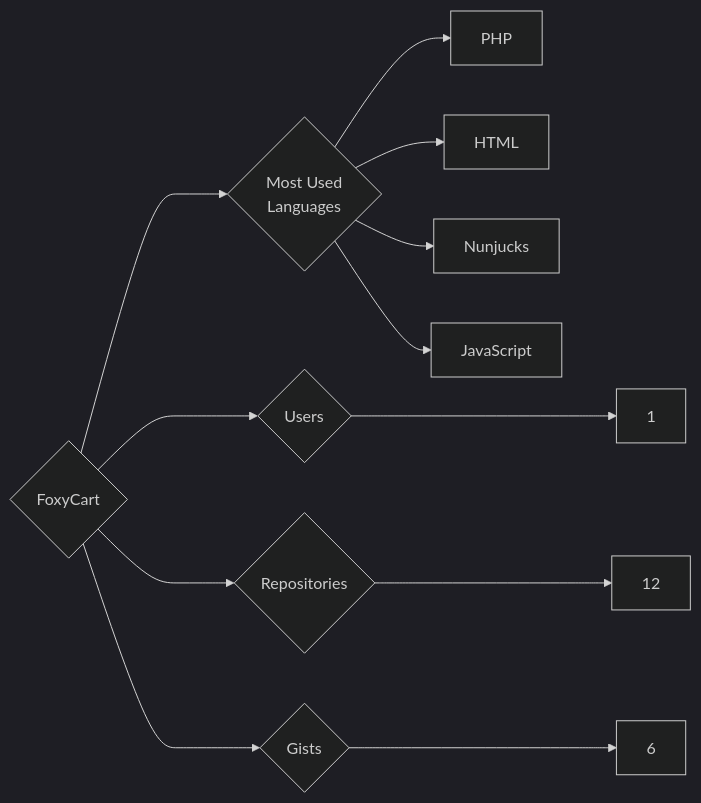
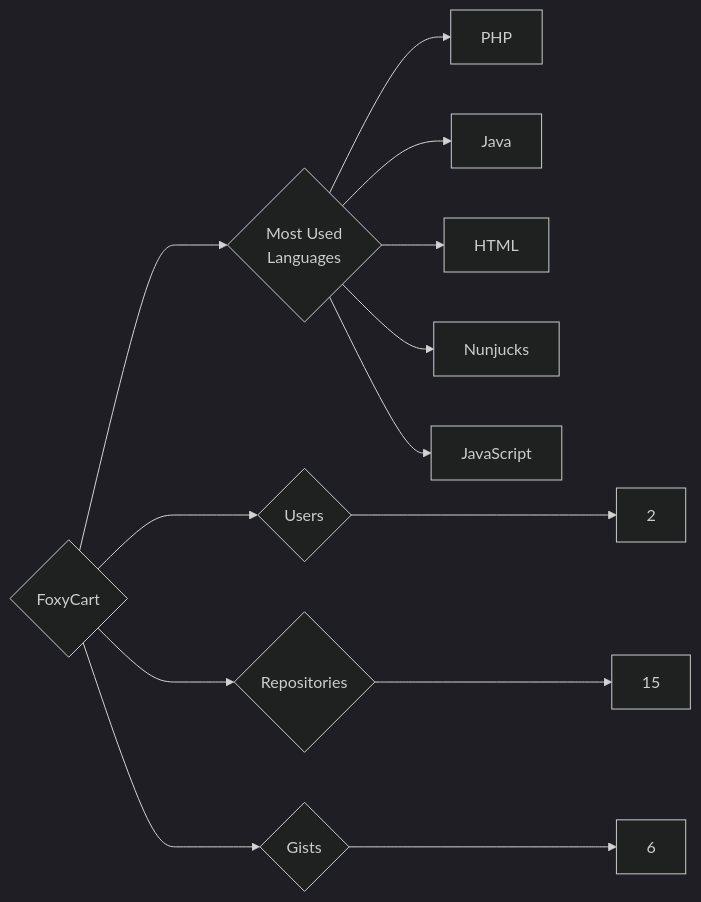
Before and after one commit to trickest/insiders: the diagram in targets/FoxyCart/README.md, drawn with Mermaid (dark theme). The commit also changed 874 other files, not shown here.

````diff
--- a/targets/FoxyCart/README.md
+++ b/targets/FoxyCart/README.md
@@ -3,12 +3,13 @@
 ```mermaid
 graph LR
 COMPANY_NAME{FoxyCart}
-COMPANY_NAME ---> U{Users} ---> UN[1]
-COMPANY_NAME ---> R{Repositories} ---> RN[12]
+COMPANY_NAME ---> U{Users} ---> UN[2]
+COMPANY_NAME ---> R{Repositories} ---> RN[15]
 COMPANY_NAME ---> G{Gists} ---> GN[6]
 COMPANY_NAME ---> ML{Most Used<br>Languages}
 ML --> PHP[PHP]
+ML --> Java[Java]
 ML --> HTML[HTML]
 ML --> Nunjucks[Nunjucks]
 ML --> JavaScript[JavaScript]
 ```
````
